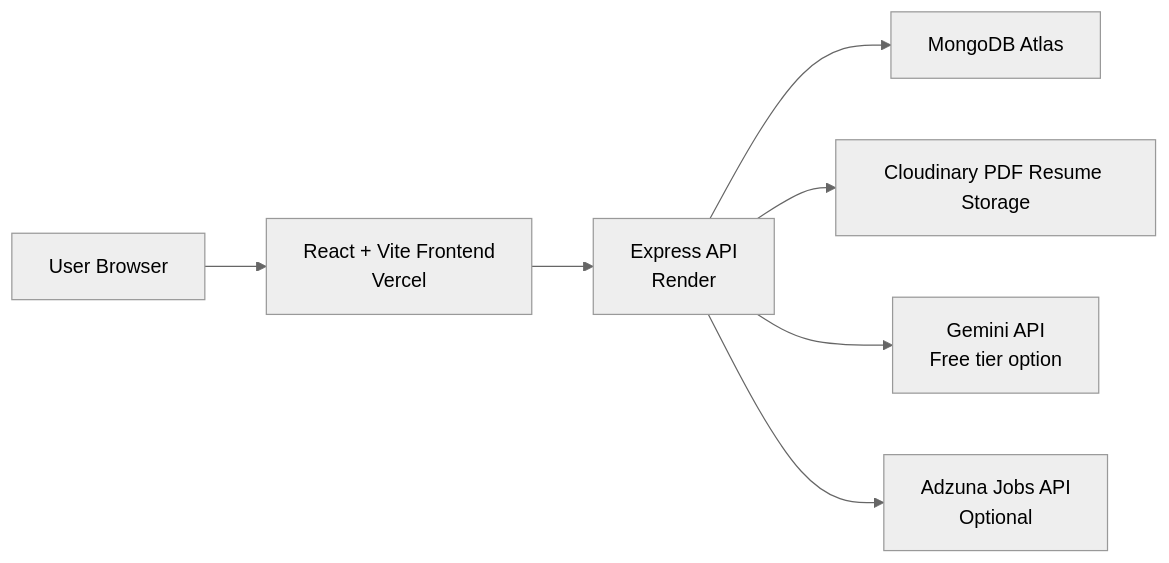
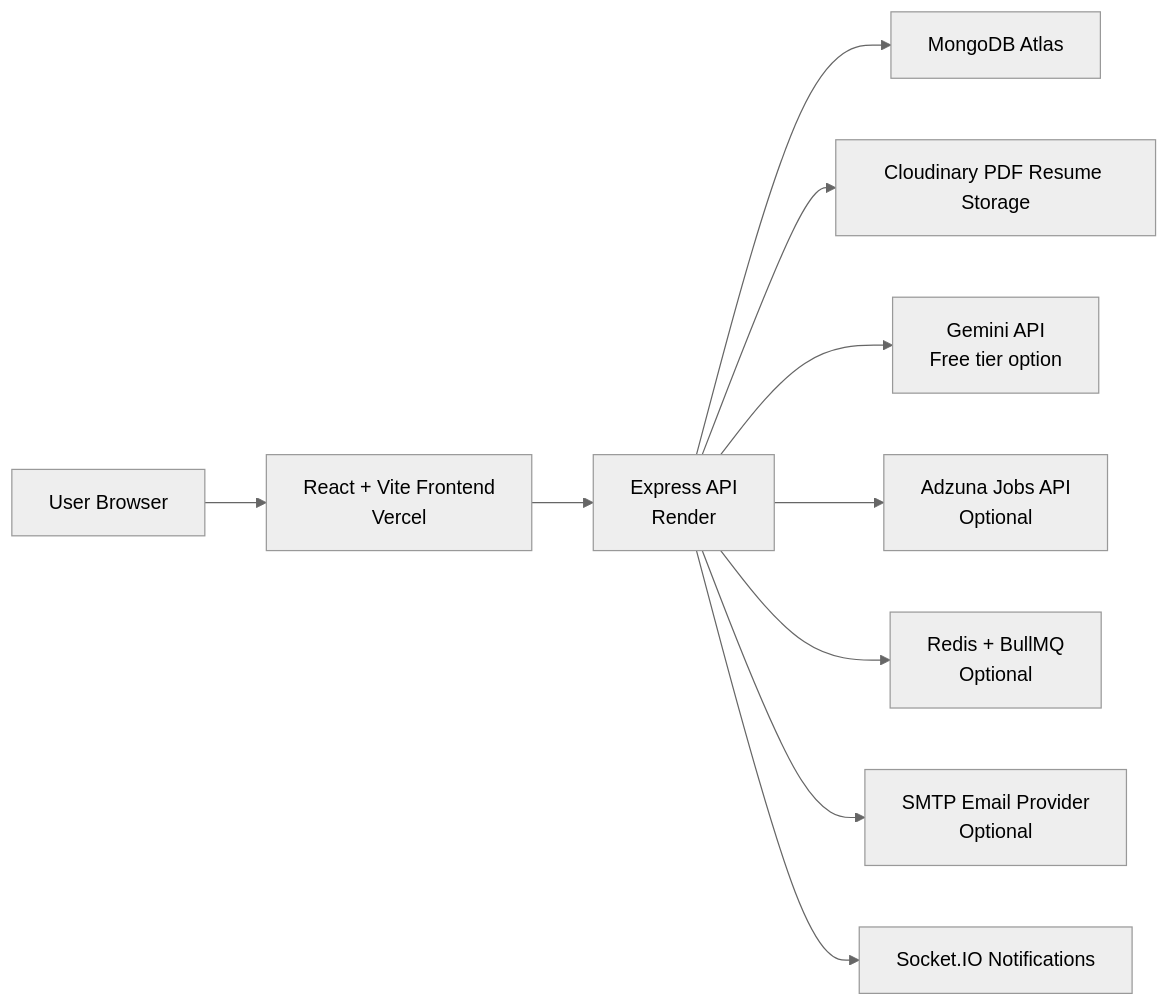
Before and after one commit to sgsatpute/Job-portal: the diagram in README.md, drawn with Mermaid (neutral theme). The commit also changed other lines of this file and 34 other files, not shown here.

````diff
--- a/README.md
+++ b/README.md
@@ -114,9 +126,12 @@
 ```mermaid
 flowchart LR
   User["User Browser"] --> Frontend["React + Vite Frontend<br/>Vercel"]
   Frontend --> API["Express API<br/>Render"]
   API --> MongoDB["MongoDB Atlas"]
   API --> Cloudinary["Cloudinary PDF Resume Storage"]
   API --> Gemini["Gemini API<br/>Free tier option"]
   API --> Adzuna["Adzuna Jobs API<br/>Optional"]
+  API --> Redis["Redis + BullMQ<br/>Optional"]
+  API --> SMTP["SMTP Email Provider<br/>Optional"]
+  API --> Socket["Socket.IO Notifications"]
 ```
````
